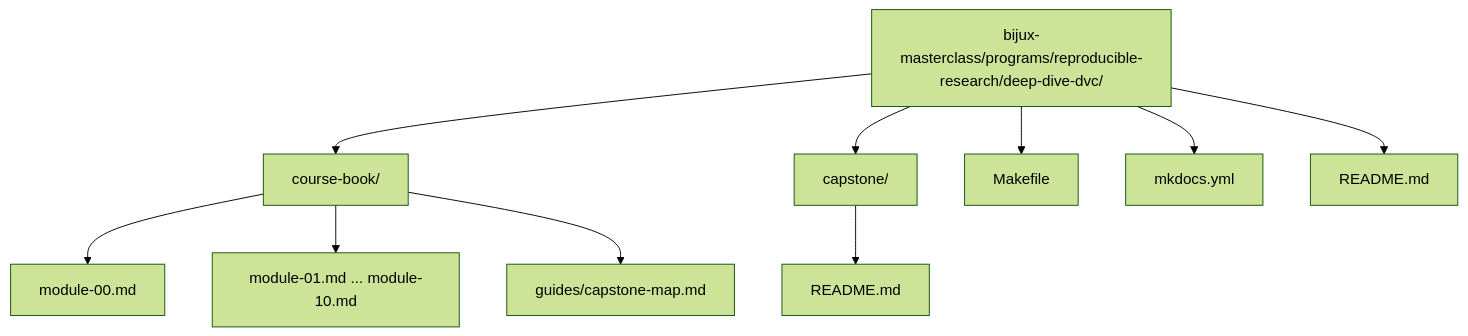
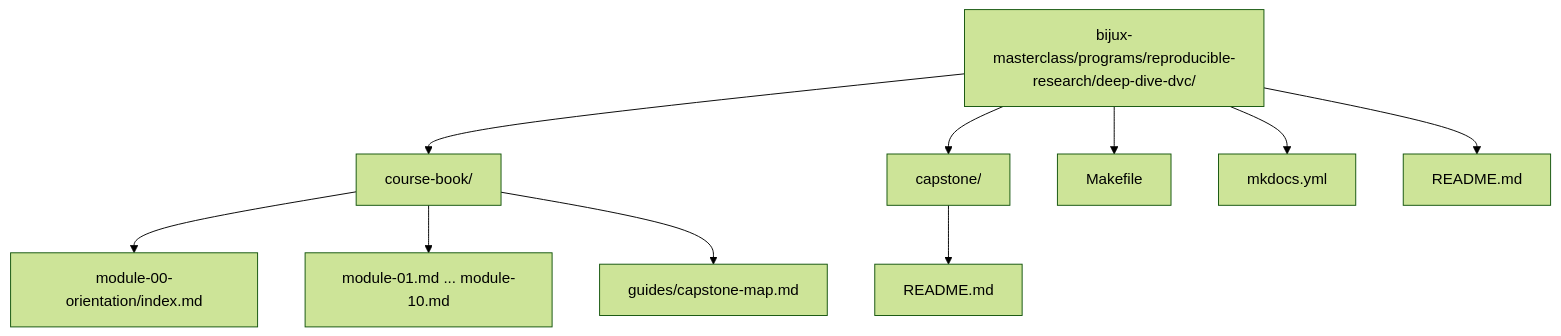
One commit to bijux/bijux-masterclass changed the third of 3 diagrams in programs/reproducible-research/deep-dive-dvc/course-book/index.md. Above: the diagram before and after it, drawn with Mermaid (forest theme). The commit also changed other lines of this file and 5 other files, not shown here.

Commit message:
refactor(deep-dive-dvc): create the orientation module

````diff
--- a/programs/reproducible-research/deep-dive-dvc/course-book/index.md
+++ b/programs/reproducible-research/deep-dive-dvc/course-book/index.md
@@ -145,13 +145,13 @@
 ```mermaid
 graph TD
   root["bijux-masterclass/programs/reproducible-research/deep-dive-dvc/"]
   root --> book["course-book/"]
   root --> capstone["capstone/"]
   root --> makefile["Makefile"]
   root --> mkdocs["mkdocs.yml"]
   root --> readme["README.md"]
-  book --> orientation["module-00.md"]
+  book --> orientation["module-00-orientation/index.md"]
   book --> modules["module-01.md ... module-10.md"]
   book --> capmap["guides/capstone-map.md"]
   capstone --> capreadme["README.md"]
 ```
````
